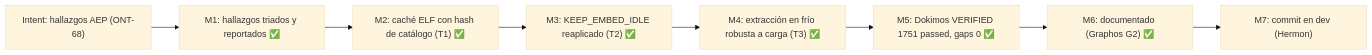
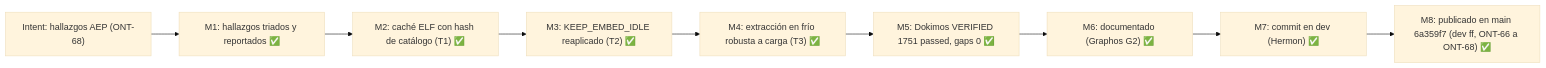
Diagram 17 of 44 in README.md (ancrz/agent-execution-plane), drawn with Mermaid (base theme) before and after one commit. The commit also changed other lines of this file and 5 other files, not shown here.

First line of the commit message:
docs(ONT-68): record the publication to main and the next-session compact guidance

````diff
--- a/README.md
+++ b/README.md
@@ -1138,10 +1138,11 @@
 ```mermaid
 flowchart LR
     I68["Intent: hallazgos AEP (ONT-68)"] --> M1["M1: hallazgos triados y reportados ✅"]
     M1 --> M2["M2: caché ELF con hash de catálogo (T1) ✅"]
     M2 --> M3["M3: KEEP_EMBED_IDLE reaplicado (T2) ✅"]
     M3 --> M4["M4: extracción en frío robusta a carga (T3) ✅"]
     M4 --> M5["M5: Dokimos VERIFIED 1751 passed, gaps 0 ✅"]
     M5 --> M6["M6: documentado (Graphos G2) ✅"]
-    M6 --> M7["M7: commit en dev (Hermon)"]
+    M6 --> M7["M7: commit en dev (Hermon) ✅"]
+    M7 --> M8["M8: publicado en main 6a359f7 (dev ff, ONT-66 a ONT-68) ✅"]
 ```
````
